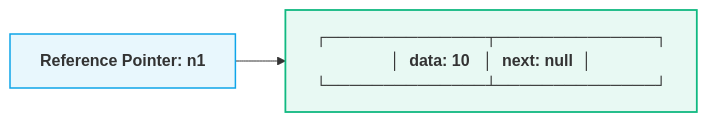
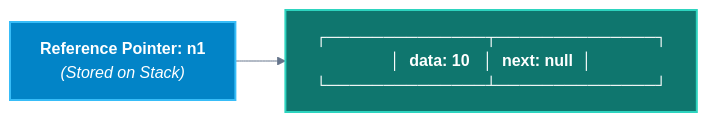
Before and after one commit to abhinavbharti2345/CS_Notes: the fourth of 11 diagrams in CS/DSA/03. Linked Lists/01. Linked List Fundamentals.md, drawn with Mermaid. The commit also changed other lines of this file and 195 other files, not shown here.

````diff
--- a/CS/DSA/03. Linked Lists/01. Linked List Fundamentals.md
+++ b/CS/DSA/03. Linked Lists/01. Linked List Fundamentals.md
@@ -132,9 +143,10 @@
 ```mermaid
+%%{init: {'theme': 'base', 'themeVariables': { 'darkMode': true, 'background': '#0B0F14', 'mainBkg': '#111827', 'primaryColor': '#111827', 'primaryTextColor': '#F8FAFC', 'primaryBorderColor': '#38BDF8', 'lineColor': '#64748B', 'secondaryColor': '#0B0F14', 'tertiaryColor': '#0B0F14', 'clusterBkg': '#0B0F14', 'clusterBorder': '#38BDF8' }}}%%
 flowchart LR
-    Ptr["<b>Reference Pointer: n1</b>"] --> Box["┌──────────────┬──────────────┐<br/>│  <b>data: 10</b>   │  <b>next: null</b>  │<br/>└──────────────┴──────────────┘"]
+    Ptr["<b>Reference Pointer: n1</b><br/><i>(Stored on Stack)</i>"] --> Box["┌──────────────┬──────────────┐<br/>│  <b>data: 10</b>   │  <b>next: null</b>  │<br/>└──────────────┴──────────────┘"]
 
-    classDef ptr fill:#0ea5e918,stroke:#0ea5e9,stroke-width:1.5px;
-    classDef box fill:#10b98118,stroke:#10b981,stroke-width:1.8px;
+    classDef ptr fill:#0284c7,stroke:#38bdf8,stroke-width:2px,color:#ffffff;
+    classDef box fill:#0f766e,stroke:#2dd4bf,stroke-width:2px,color:#ffffff;
     class Ptr ptr;
     class Box box;
 ```
````
